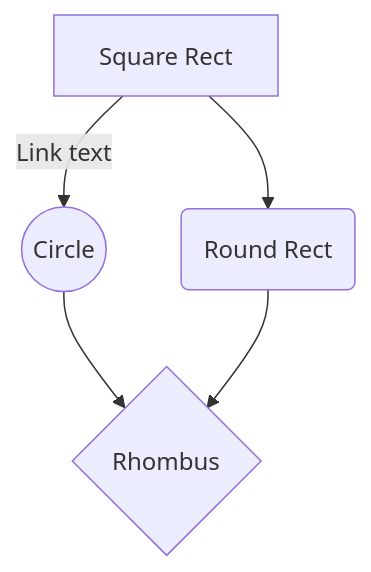
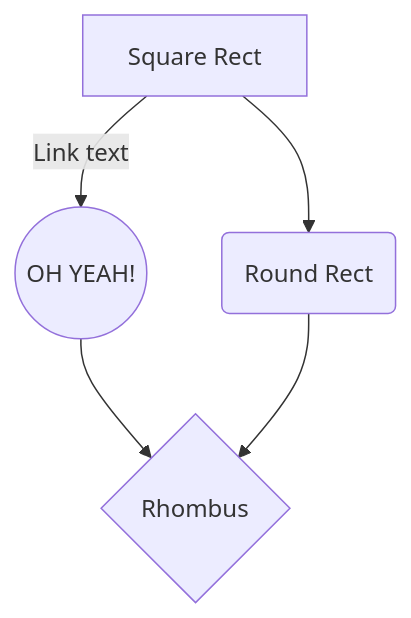
The first of 2 diagrams in home/mermaid-js.md (de-dale/wiki), drawn with Mermaid before and after one commit. The commit also changed other lines of this file, not shown here.

Commit message:
docs: update home/mermaid-js

````diff
--- a/home/mermaid-js.md
+++ b/home/mermaid-js.md
@@ -34,7 +34,7 @@
 ```mermaid
 graph TD
-A[Square Rect] -- Link text --> B((Circle))
+A[Square Rect] -- Link text --> B((OH YEAH!))
 A --> C(Round Rect)
 B --> D{Rhombus}
 C --> D
 ```
````
